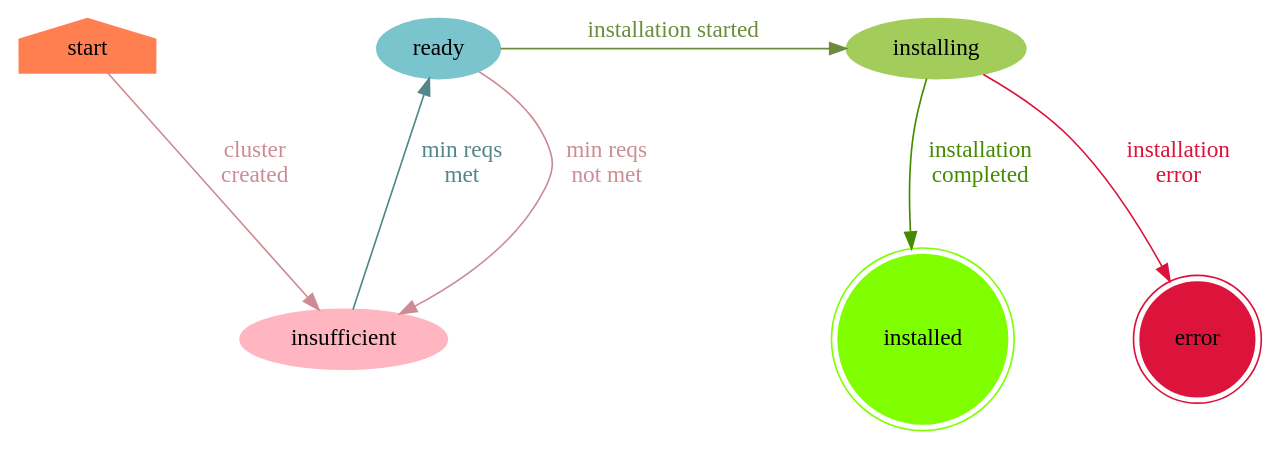
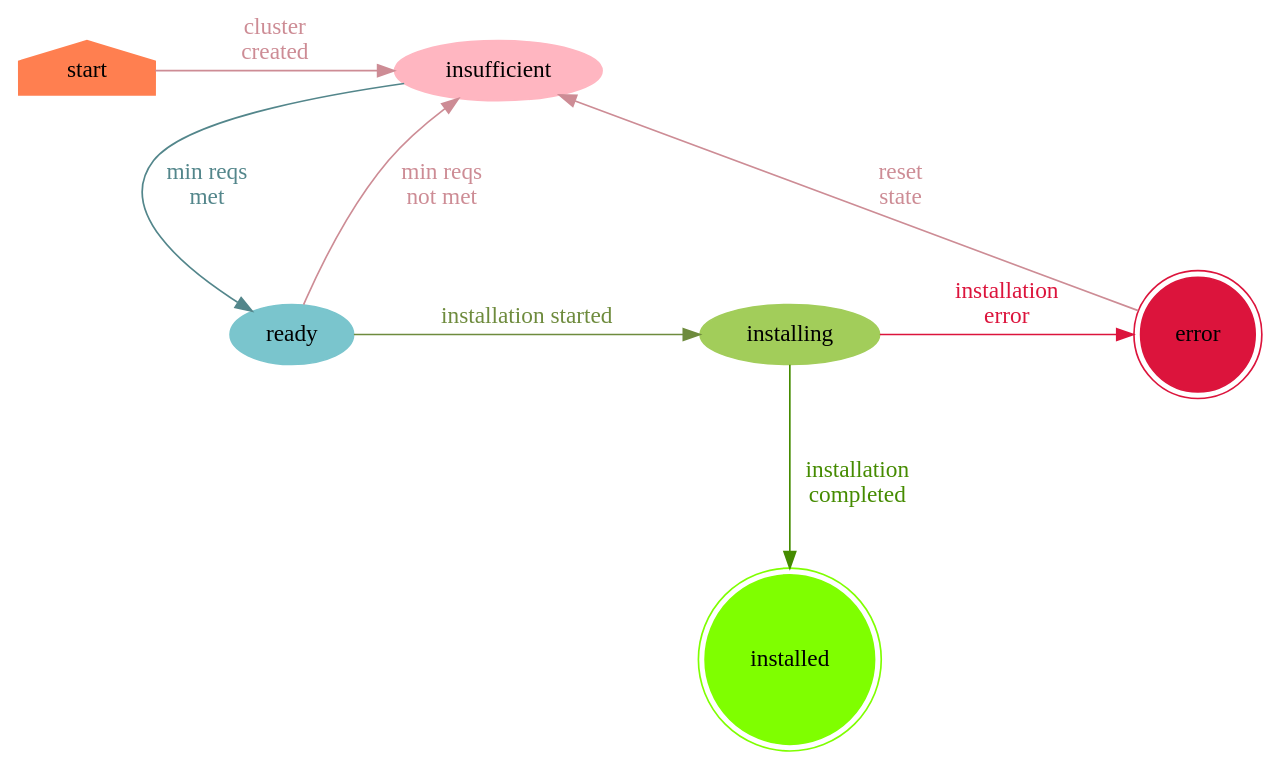
Before and after one commit to filanov/bm-inventory: the diagram in docs/ClusterState.dot, drawn with Graphviz. The commit also changed 2 other files, not shown here.

Commit message:
MGMT-1099: Add api to reset cluster state (swagger+docs)

```diff
--- a/docs/ClusterState.dot
+++ b/docs/ClusterState.dot
@@ -1,22 +1,26 @@
 digraph ClusterStateMachine {
     graph [nodesep = "1.0", ranksep = "1.0"];
     node [style = filled];
 
     start [shape = house, color = coral];
     insufficient [color = lightpink];
     ready [color = cadetblue3];
     installing [color = darkolivegreen3];
     installed [shape = doublecircle, color = chartreuse];
     error [shape = doublecircle, color = crimson];
 
     start -> insufficient [label = "cluster\ncreated", color=lightpink3, fontcolor=lightpink3];
     insufficient -> ready [label = "min reqs\nmet", color=cadetblue4, fontcolor=cadetblue4];
     ready -> insufficient [label = "min reqs\nnot met", color=lightpink3, fontcolor=lightpink3];
     ready -> insufficient [style=invis];
     ready -> installing [label = "installation started", color=darkolivegreen4, fontcolor=darkolivegreen4];
     installing -> installed [label = "installation\ncompleted", color=chartreuse4, fontcolor=chartreuse4];
     installing -> error [label = "installation\nerror", color=crimson, fontcolor=crimson];
+    error -> insufficient [label = "reset\nstate", color=lightpink3, fontcolor=lightpink3];
 
+    {rank=min; start}
     {rank=max; installed}
-    {rank=same; start; ready; installing}
+    {rank=same; start; insufficient}
+    {rank=same; ready; installing; error}
+    {rank=same; installed}
 }
```
